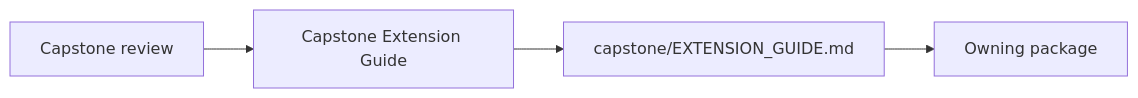
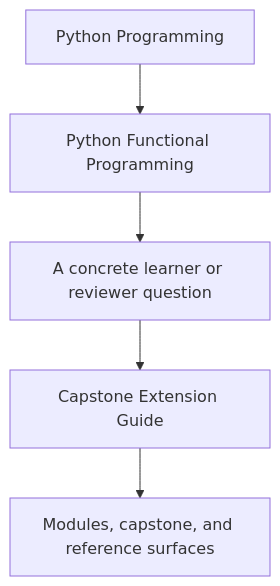
The first of 2 diagrams in programs/python-programming/python-functional-programming/course-book/guides/capstone-extension-guide.md (bijux/bijux-masterclass), drawn with Mermaid before and after one commit. The commit also changed other lines of this file and 23 other files, not shown here.

Commit message:
docs(python-functional-programming): sharpen guide and reference diagrams

````diff
--- a/programs/python-programming/python-functional-programming/course-book/guides/capstone-extension-guide.md
+++ b/programs/python-programming/python-functional-programming/course-book/guides/capstone-extension-guide.md
@@ -7,6 +7,7 @@
 ```mermaid
-graph LR
-  review["Capstone review"] --> extension["Capstone Extension Guide"]
-  extension --> local["capstone/EXTENSION_GUIDE.md"]
-  local --> code["Owning package"]
+flowchart TD
+  family["Python Programming"] --> program["Python Functional Programming"]
+  program --> pressure["A concrete learner or reviewer question"]
+  pressure --> guide["Capstone Extension Guide"]
+  guide --> next["Modules, capstone, and reference surfaces"]
 ```
````
